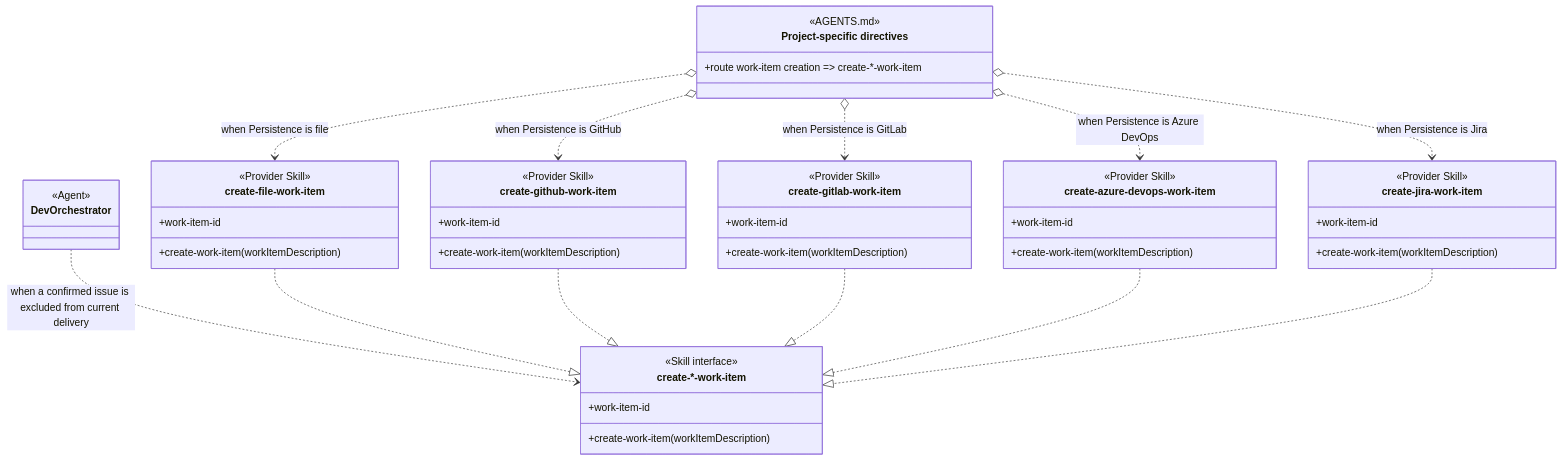
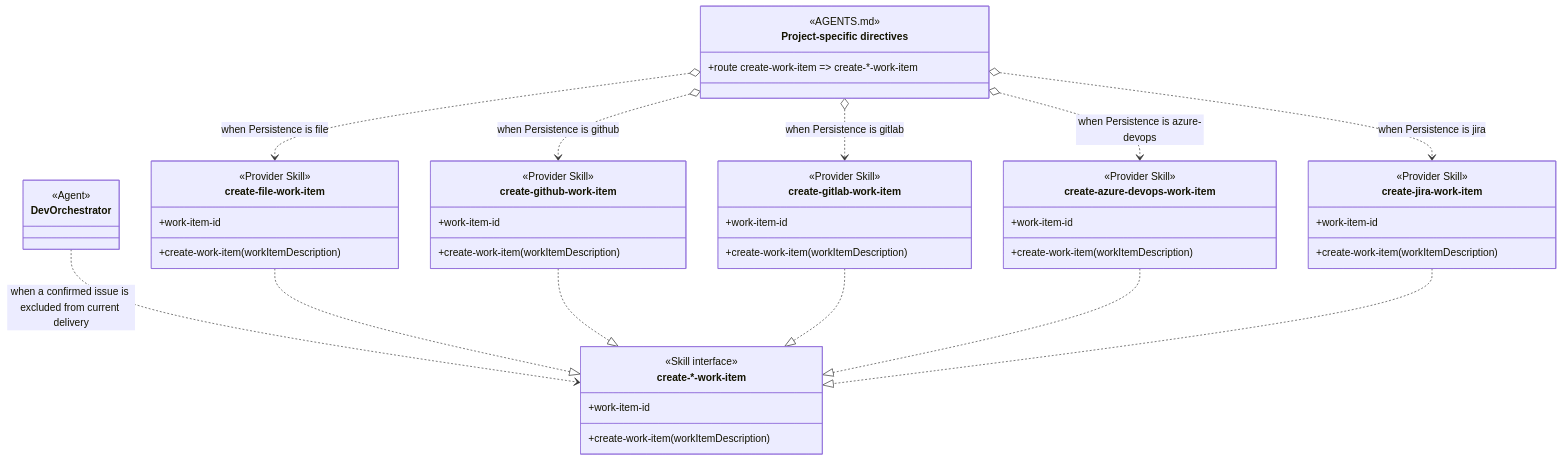
The third of 6 diagrams in design/skill-groups/concurrent-tasking.md (martinbechard/dev-methodology), drawn with Mermaid before and after one commit. The commit also changed other lines of this file and 8 other files, not shown here.

````diff
--- a/design/skill-groups/concurrent-tasking.md
+++ b/design/skill-groups/concurrent-tasking.md
@@ -101,67 +164,67 @@
 ```mermaid
 classDiagram
     direction TB
 
     class DevOrchestrator {
         <<Agent>>
     }
 
     class CreateWorkItem["create-*-work-item"] {
         <<Skill interface>>
         +work-item-id
         +create-work-item(workItemDescription)
     }
 
     class project-specific-directives["Project-specific directives"] {
         <<AGENTS.md>>
         <<routing>>
-        +route work-item creation => create-*-work-item
+        +route create-work-item => create-*-work-item
     }
 
     class create-file-work-item {
         <<Provider Skill>>
         <<Cross-group>>
         +work-item-id
         +create-work-item(workItemDescription)
     }
 
     class create-github-work-item {
         <<Provider Skill>>
         <<Cross-group>>
         +work-item-id
         +create-work-item(workItemDescription)
     }
 
     class create-gitlab-work-item {
         <<Provider Skill>>
         <<Cross-group>>
         +work-item-id
         +create-work-item(workItemDescription)
     }
 
     class create-azure-devops-work-item {
         <<Provider Skill>>
         <<Cross-group>>
         +work-item-id
         +create-work-item(workItemDescription)
     }
 
     class create-jira-work-item {
         <<Provider Skill>>
         <<Cross-group>>
         +work-item-id
         +create-work-item(workItemDescription)
     }
 
     DevOrchestrator ..> CreateWorkItem : when a confirmed issue is excluded from current delivery
     project-specific-directives o..> create-file-work-item : when Persistence is file
-    project-specific-directives o..> create-github-work-item : when Persistence is GitHub
-    project-specific-directives o..> create-gitlab-work-item : when Persistence is GitLab
-    project-specific-directives o..> create-azure-devops-work-item : when Persistence is Azure DevOps
-    project-specific-directives o..> create-jira-work-item : when Persistence is Jira
+    project-specific-directives o..> create-github-work-item : when Persistence is github
+    project-specific-directives o..> create-gitlab-work-item : when Persistence is gitlab
+    project-specific-directives o..> create-azure-devops-work-item : when Persistence is azure-devops
+    project-specific-directives o..> create-jira-work-item : when Persistence is jira
     create-file-work-item ..|> CreateWorkItem
     create-github-work-item ..|> CreateWorkItem
     create-gitlab-work-item ..|> CreateWorkItem
     create-azure-devops-work-item ..|> CreateWorkItem
     create-jira-work-item ..|> CreateWorkItem
 ```
````
